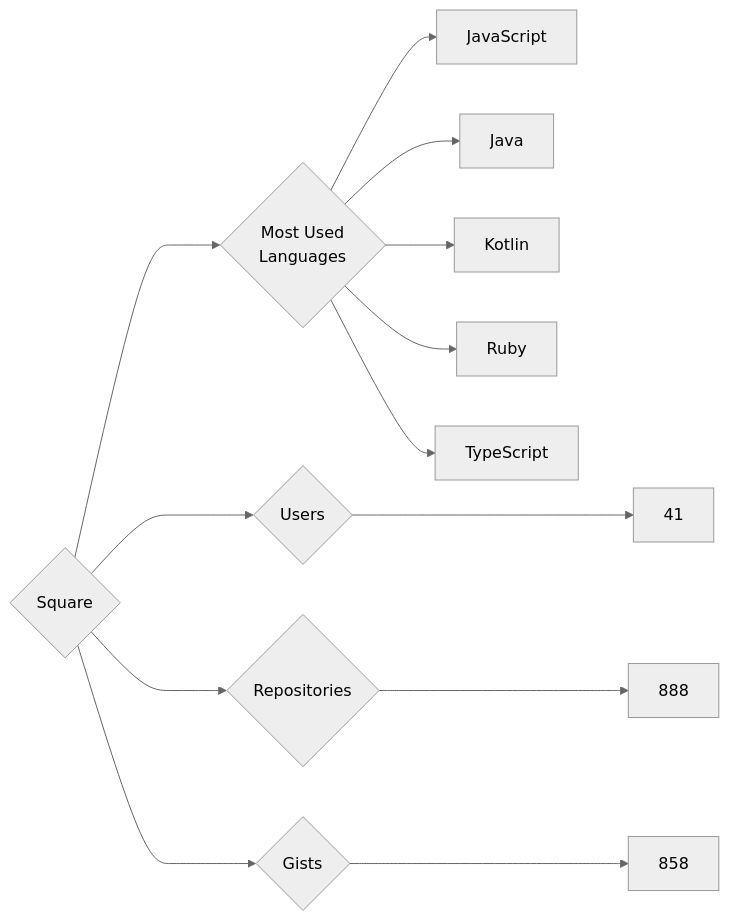
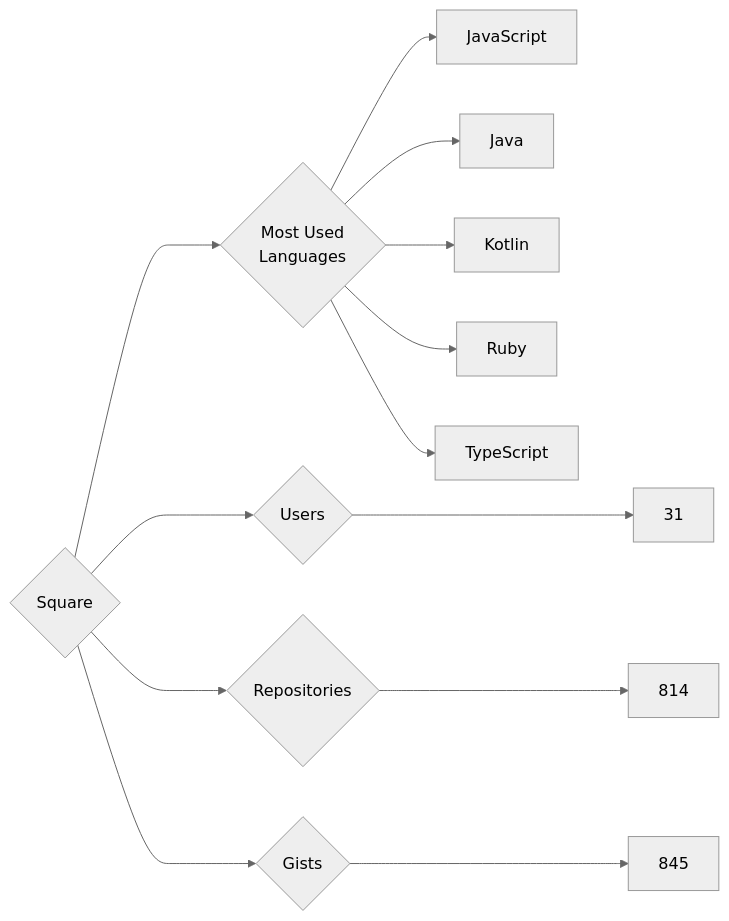
Before and after one commit to trickest/insiders: the diagram in targets/Square/README.md, drawn with Mermaid (neutral theme). The commit also changed 799 other files, not shown here.

````diff
--- a/targets/Square/README.md
+++ b/targets/Square/README.md
@@ -3,13 +3,13 @@
 ```mermaid
 graph LR
 COMPANY_NAME{Square}
-COMPANY_NAME ---> U{Users} ---> UN[41]
-COMPANY_NAME ---> R{Repositories} ---> RN[888]
-COMPANY_NAME ---> G{Gists} ---> GN[858]
+COMPANY_NAME ---> U{Users} ---> UN[31]
+COMPANY_NAME ---> R{Repositories} ---> RN[814]
+COMPANY_NAME ---> G{Gists} ---> GN[845]
 COMPANY_NAME ---> ML{Most Used<br>Languages}
 ML --> JavaScript[JavaScript]
 ML --> Java[Java]
 ML --> Kotlin[Kotlin]
 ML --> Ruby[Ruby]
 ML --> TypeScript[TypeScript]
 ```
````
